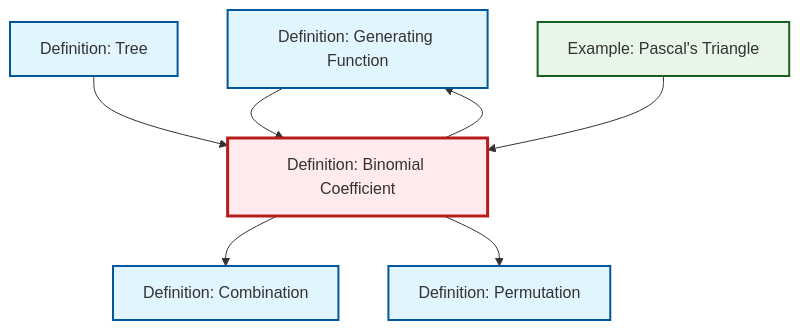
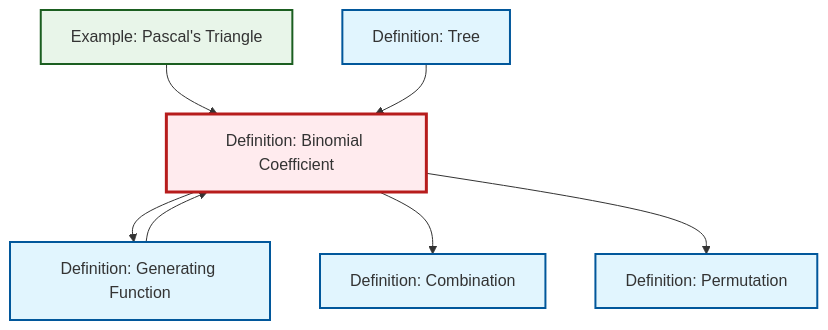
The diagram in content/en/combinatorics/def-binomial-coefficient.qmd (RK0429/ModernMath), drawn with Mermaid before and after one commit. The commit also changed other lines of this file and 1012 other files, not shown here.

````diff
--- a/content/en/combinatorics/def-binomial-coefficient.qmd
+++ b/content/en/combinatorics/def-binomial-coefficient.qmd
@@ -66,27 +66,27 @@
 ```{mermaid}
 %%| fig-cap: "Local dependency graph"
 graph TD
     classDef definition fill:#e1f5fe,stroke:#01579b,stroke-width:2px
     classDef theorem fill:#f3e5f5,stroke:#4a148c,stroke-width:2px
     classDef axiom fill:#fff3e0,stroke:#e65100,stroke-width:2px
     classDef example fill:#e8f5e9,stroke:#1b5e20,stroke-width:2px
     classDef current fill:#ffebee,stroke:#b71c1c,stroke-width:3px
+    def-permutation["Definition: Permutation"]:::definition
+    def-binomial-coefficient["Definition: Binomial Coefficient"]:::definition
     def-combination["Definition: Combination"]:::definition
     def-generating-function["Definition: Generating Function"]:::definition
-    def-binomial-coefficient["Definition: Binomial Coefficient"]:::definition
     ex-pascals-triangle["Example: Pascal's Triangle"]:::example
     def-tree["Definition: Tree"]:::definition
-    def-permutation["Definition: Permutation"]:::definition
+    def-generating-function --> def-binomial-coefficient
+    def-binomial-coefficient --> def-generating-function
     def-binomial-coefficient --> def-combination
-    def-generating-function --> def-binomial-coefficient
     def-binomial-coefficient --> def-permutation
+    ex-pascals-triangle --> def-binomial-coefficient
     def-tree --> def-binomial-coefficient
-    ex-pascals-triangle --> def-binomial-coefficient
-    def-binomial-coefficient --> def-generating-function
     class def-binomial-coefficient current
+    click def-permutation "def-permutation.html" "Go to Permutation definition"
     click def-combination "def-combination.html" "Go to Combination definition"
     click def-generating-function "def-generating-function.html" "Go to Generating Function definition"
     click ex-pascals-triangle "ex-pascals-triangle.html" "Go to Pascal's Triangle example"
     click def-tree "def-tree.html" "Go to Tree definition"
-    click def-permutation "def-permutation.html" "Go to Permutation definition"
 ```
````
